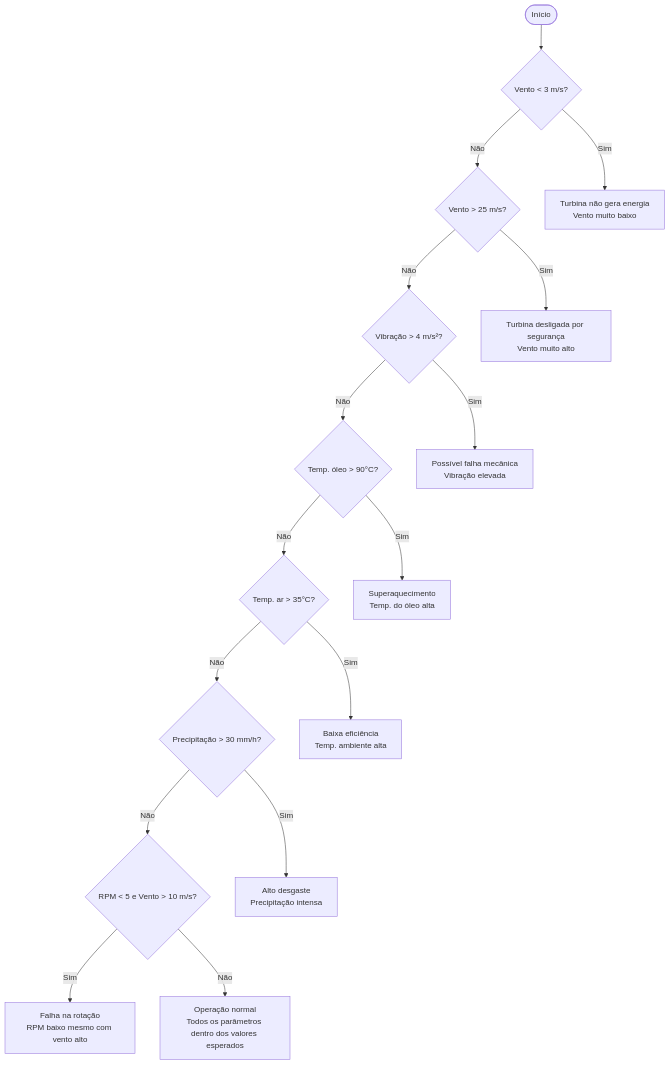
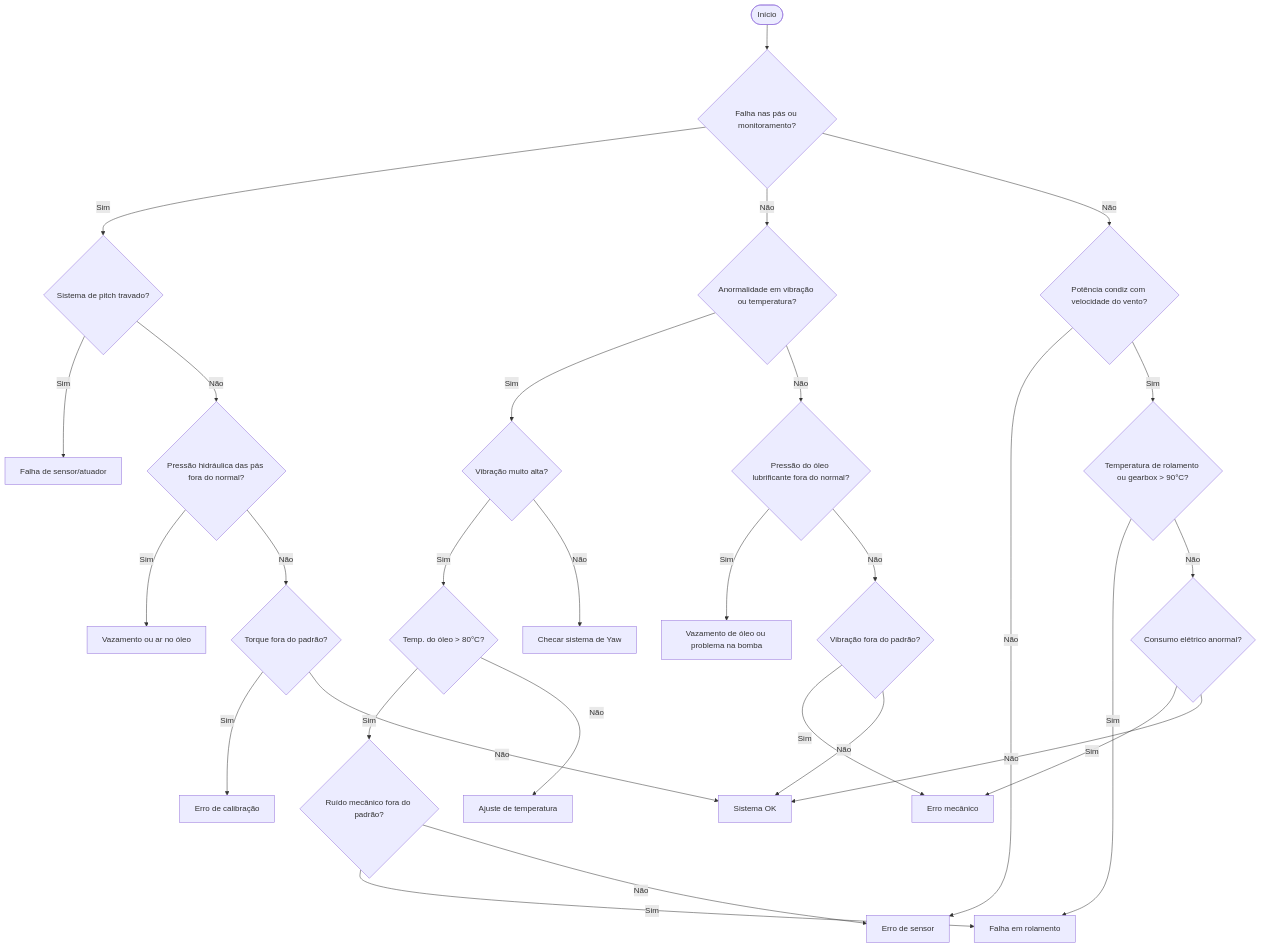
One commit to ericklucioh/windAi changed the diagram in fluxograma_regras.mmd. Above: the diagram before and after it, drawn with Mermaid. The commit also changed 7 other files, not shown here.

```diff
--- a/fluxograma_regras.mmd
+++ b/fluxograma_regras.mmd
@@ -1,33 +1,70 @@
 flowchart TD
     Start([Início])
-    VentoBaixo{Vento < 3 m/s?}
-    VentoAlto{Vento > 25 m/s?}
-    VibracaoAlta{Vibração > 4 m/s²?}
-    TempOleoAlta{Temp. óleo > 90°C?}
-    TempArAlta{Temp. ar > 35°C?}
-    PrecipitacaoAlta{Precipitação > 30 mm/h?}
-    RpmBaixo{RPM < 5 e Vento > 10 m/s?}
-    Normal[Operação normal\nTodos os parâmetros dentro dos valores esperados]
-    NaoGera[Turbina não gera energia\nVento muito baixo]
-    Desligada[Turbina desligada por segurança\nVento muito alto]
-    FalhaMecanica[Possível falha mecânica\nVibração elevada]
-    Superaquecimento[Superaquecimento\nTemp. do óleo alta]
-    BaixaEficiencia[Baixa eficiência\nTemp. ambiente alta]
-    AltoDesgaste[Alto desgaste\nPrecipitação intensa]
-    FalhaRotacao[Falha na rotação\nRPM baixo mesmo com vento alto]
 
-    Start --> VentoBaixo
-    VentoBaixo -- Sim --> NaoGera
-    VentoBaixo -- Não --> VentoAlto
-    VentoAlto -- Sim --> Desligada
-    VentoAlto -- Não --> VibracaoAlta
-    VibracaoAlta -- Sim --> FalhaMecanica
-    VibracaoAlta -- Não --> TempOleoAlta
-    TempOleoAlta -- Sim --> Superaquecimento
-    TempOleoAlta -- Não --> TempArAlta
-    TempArAlta -- Sim --> BaixaEficiencia
-    TempArAlta -- Não --> PrecipitacaoAlta
-    PrecipitacaoAlta -- Sim --> AltoDesgaste
-    PrecipitacaoAlta -- Não --> RpmBaixo
-    RpmBaixo -- Sim --> FalhaRotacao
-    RpmBaixo -- Não --> Normal
+    Sintoma1{Falha nas pás ou monitoramento?}
+    PitchTravado{Sistema de pitch travado?}
+    PressaoPas{Pressão hidráulica das pás fora do normal?}
+    TorqueAnormal{Torque fora do padrão?}
+
+    Sintoma2{Anormalidade em vibração ou temperatura?}
+    VibracaoAlta{Vibração muito alta?}
+    TempOleo{Temp. do óleo > 80°C?}
+    RuidoAnormal{Ruído mecânico fora do padrão?}
+
+    PressaoOleo{Pressão do óleo lubrificante fora do normal?}
+    VibracaoAnormal{Vibração fora do padrão?}
+
+    RespostaPotencia{Potência condiz com velocidade do vento?}
+    TempRolamento{Temperatura de rolamento ou gearbox > 90°C?}
+    ConsumoAnormal{Consumo elétrico anormal?}
+
+    OK[Sistema OK]
+    SensorErro[Erro de sensor]
+    SensorAtuador[Falha de sensor/atuador]
+    Calibracao[Erro de calibração]
+    Vazamento[Vazamento ou ar no óleo]
+    VazamentoBomba[Vazamento de óleo ou problema na bomba]
+    Rolamento[Falha em rolamento]
+    Mecanico[Erro mecânico]
+    AjusteTemp[Ajuste de temperatura]
+    Yaw[Checar sistema de Yaw]
+
+    Start --> Sintoma1
+
+    %% --- RAMO 1 --- Sintomas de falha no pitch
+    Sintoma1 -- Sim --> PitchTravado
+    PitchTravado -- Sim --> SensorAtuador
+    PitchTravado -- Não --> PressaoPas
+    PressaoPas -- Sim --> Vazamento
+    PressaoPas -- Não --> TorqueAnormal
+    TorqueAnormal -- Sim --> Calibracao
+    TorqueAnormal -- Não --> OK
+
+    %% --- RAMO 2 --- Sintomas de vibração ou temperatura
+    Sintoma1 -- Não --> Sintoma2
+    Sintoma2 -- Sim --> VibracaoAlta
+    VibracaoAlta -- Sim --> TempOleo
+    VibracaoAlta -- Não --> Yaw
+
+    TempOleo -- Sim --> RuidoAnormal
+    TempOleo -- Não --> AjusteTemp
+
+    RuidoAnormal -- Sim --> Rolamento
+    RuidoAnormal -- Não --> SensorErro
+
+    %% --- RAMO 3 --- Parâmetros relacionados a óleo e vibração
+    Sintoma2 -- Não --> PressaoOleo
+    PressaoOleo -- Sim --> VazamentoBomba
+    PressaoOleo -- Não --> VibracaoAnormal
+
+    VibracaoAnormal -- Sim --> Mecanico
+    VibracaoAnormal -- Não --> OK
+
+    %% --- Novos Parâmetros --- Integrando dados adicionais
+    Sintoma1 -- Não --> RespostaPotencia
+    RespostaPotencia -- Não --> SensorErro
+    RespostaPotencia -- Sim --> TempRolamento
+    TempRolamento -- Sim --> Rolamento
+    TempRolamento -- Não --> ConsumoAnormal
+    ConsumoAnormal -- Sim --> Mecanico
+    ConsumoAnormal -- Não --> OK
```
